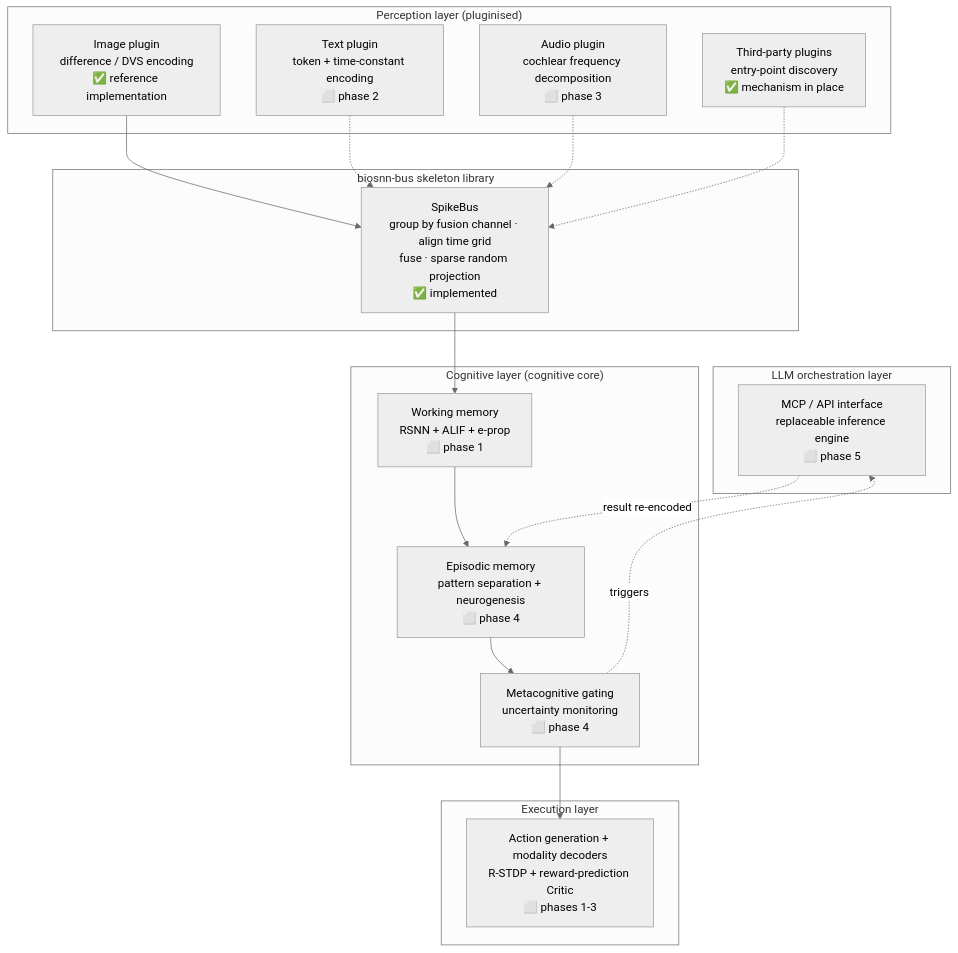
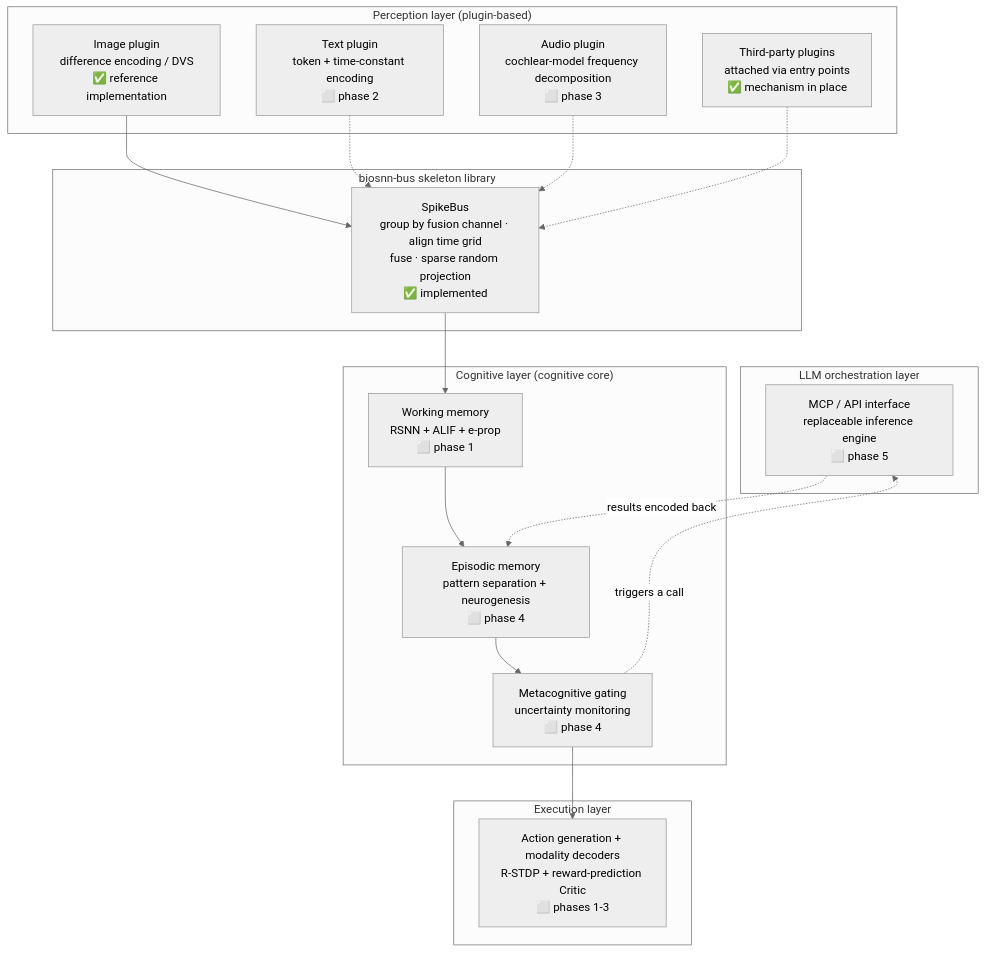
Before and after one commit to lzmd-arch/BioSNN-Plug: the diagram in README.en.md, drawn with Mermaid (neutral theme). The commit also changed other lines of this file and 43 other files, not shown here.

````diff
--- a/README.en.md
+++ b/README.en.md
@@ -57,39 +57,39 @@
 ```mermaid
 flowchart TB
     subgraph L5["LLM orchestration layer"]
         MCP["MCP / API interface<br/>replaceable inference engine<br/>⬜ phase 5"]
     end
 
     subgraph L4["Execution layer"]
         ACT["Action generation + modality decoders<br/>R-STDP + reward-prediction Critic<br/>⬜ phases 1-3"]
     end
 
     subgraph L3["Cognitive layer (cognitive core)"]
         WM["Working memory<br/>RSNN + ALIF + e-prop<br/>⬜ phase 1"]
         EM["Episodic memory<br/>pattern separation + neurogenesis<br/>⬜ phase 4"]
         MG["Metacognitive gating<br/>uncertainty monitoring<br/>⬜ phase 4"]
     end
 
     subgraph L2["biosnn-bus skeleton library"]
         BUS["SpikeBus<br/>group by fusion channel · align time grid<br/>fuse · sparse random projection<br/>✅ implemented"]
     end
 
-    subgraph L1["Perception layer (pluginised)"]
-        IMG["Image plugin<br/>difference / DVS encoding<br/>✅ reference implementation"]
+    subgraph L1["Perception layer (plugin-based)"]
+        IMG["Image plugin<br/>difference encoding / DVS<br/>✅ reference implementation"]
         TXT["Text plugin<br/>token + time-constant encoding<br/>⬜ phase 2"]
-        AUD["Audio plugin<br/>cochlear frequency decomposition<br/>⬜ phase 3"]
-        THIRD["Third-party plugins<br/>entry-point discovery<br/>✅ mechanism in place"]
+        AUD["Audio plugin<br/>cochlear-model frequency decomposition<br/>⬜ phase 3"]
+        THIRD["Third-party plugins<br/>attached via entry points<br/>✅ mechanism in place"]
     end
 
     IMG --> BUS
     TXT -.-> BUS
     AUD -.-> BUS
     THIRD -.-> BUS
 
     BUS --> WM
     WM --> EM
     EM --> MG
     MG --> ACT
-    MG -.->|triggers| MCP
-    MCP -.->|result re-encoded| EM
+    MG -.->|triggers a call| MCP
+    MCP -.->|results encoded back| EM
 ```
````
